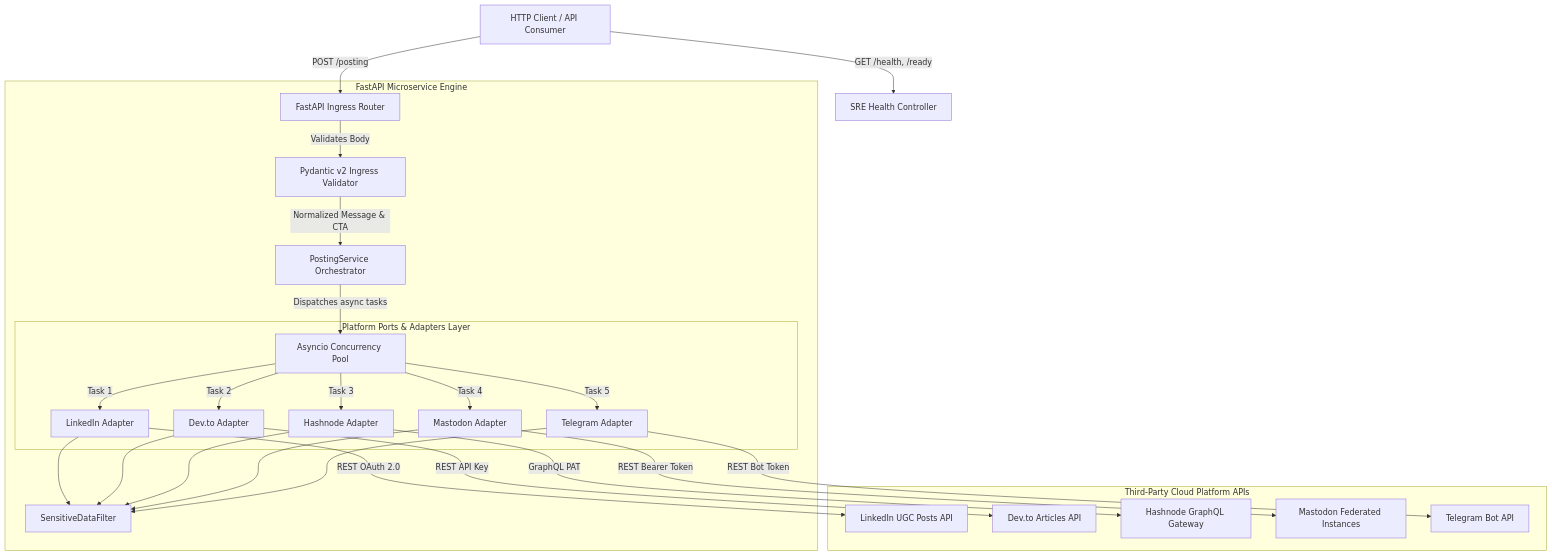
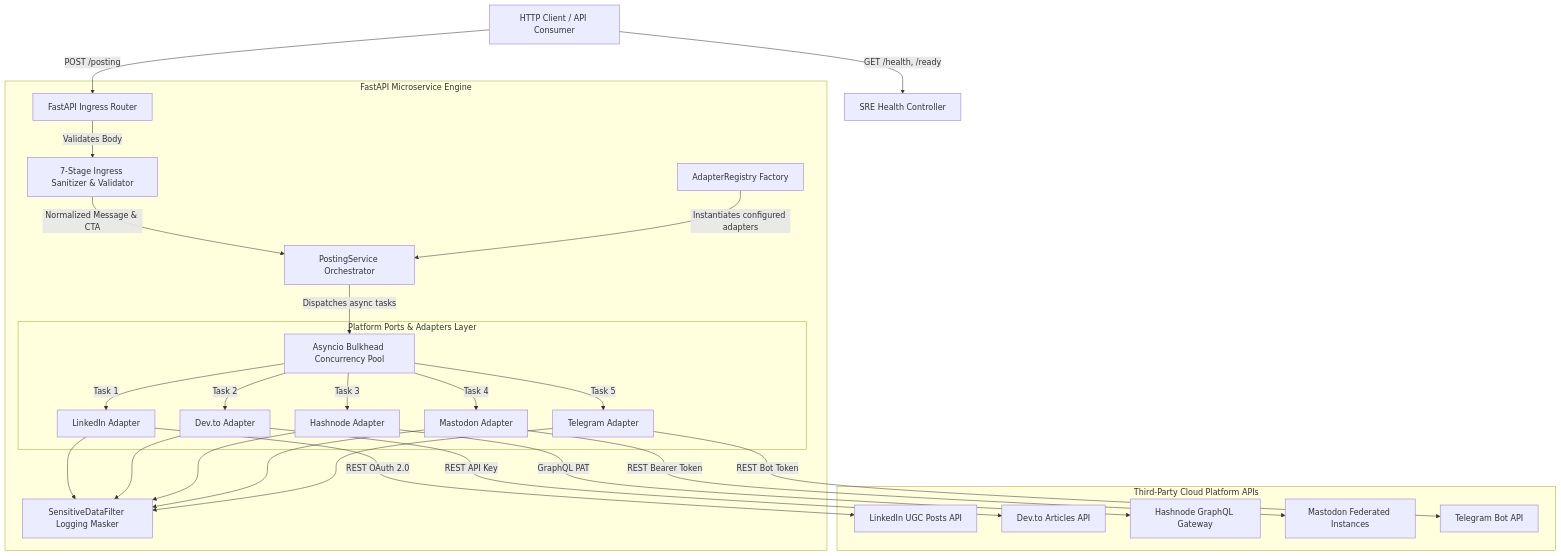
One commit to piyushmakhija28/automated-posting changed the diagram in uml/component_diagram.md. Above: the diagram before and after it, drawn with Mermaid. The commit also changed other lines of this file and 14 other files, not shown here.

First line of the commit message:
docs(uml): synchronize all 13 UML diagrams and traceability matrix with sanitization pipeline and registry architecture

````diff
--- a/uml/component_diagram.md
+++ b/uml/component_diagram.md
@@ -4,34 +3,35 @@
 ```mermaid
 graph TD
     Client[HTTP Client / API Consumer] -->|POST /posting| IngressRouter[FastAPI Ingress Router]
     Client -->|GET /health, /ready| HealthRouter[SRE Health Controller]
 
     subgraph CoreApplication [FastAPI Microservice Engine]
-        IngressRouter -->|Validates Body| SchemaValidator[Pydantic v2 Ingress Validator]
+        IngressRouter -->|Validates Body| SchemaValidator[7-Stage Ingress Sanitizer & Validator]
         SchemaValidator -->|Normalized Message & CTA| ServiceComponent[PostingService Orchestrator]
 
-        ServiceComponent -->|Dispatches async tasks| ConcurrencyPool[Asyncio Concurrency Pool]
+        RegistryComponent[AdapterRegistry Factory] -->|Instantiates configured adapters| ServiceComponent
+        ServiceComponent -->|Dispatches async tasks| ConcurrencyPool[Asyncio Bulkhead Concurrency Pool]
 
         subgraph AdapterLayer [Platform Ports & Adapters Layer]
             ConcurrencyPool -->|Task 1| LinkedInComp[LinkedIn Adapter]
             ConcurrencyPool -->|Task 2| DevToComp[Dev.to Adapter]
             ConcurrencyPool -->|Task 3| HashnodeComp[Hashnode Adapter]
             ConcurrencyPool -->|Task 4| MastodonComp[Mastodon Adapter]
             ConcurrencyPool -->|Task 5| TelegramComp[Telegram Adapter]
         end
 
-        LinkedInComp --> LogSanitizer[SensitiveDataFilter]
+        LinkedInComp --> LogSanitizer[SensitiveDataFilter Logging Masker]
         DevToComp --> LogSanitizer
         HashnodeComp --> LogSanitizer
         MastodonComp --> LogSanitizer
         TelegramComp --> LogSanitizer
     end
 
     subgraph ExternalPlatforms [Third-Party Cloud Platform APIs]
         LinkedInComp -->|REST OAuth 2.0| LinkedInAPI[LinkedIn UGC Posts API]
         DevToComp -->|REST API Key| DevToAPI[Dev.to Articles API]
         HashnodeComp -->|GraphQL PAT| HashnodeAPI[Hashnode GraphQL Gateway]
         MastodonComp -->|REST Bearer Token| MastodonAPI[Mastodon Federated Instances]
         TelegramComp -->|REST Bot Token| TelegramAPI[Telegram Bot API]
     end
 ```
````
